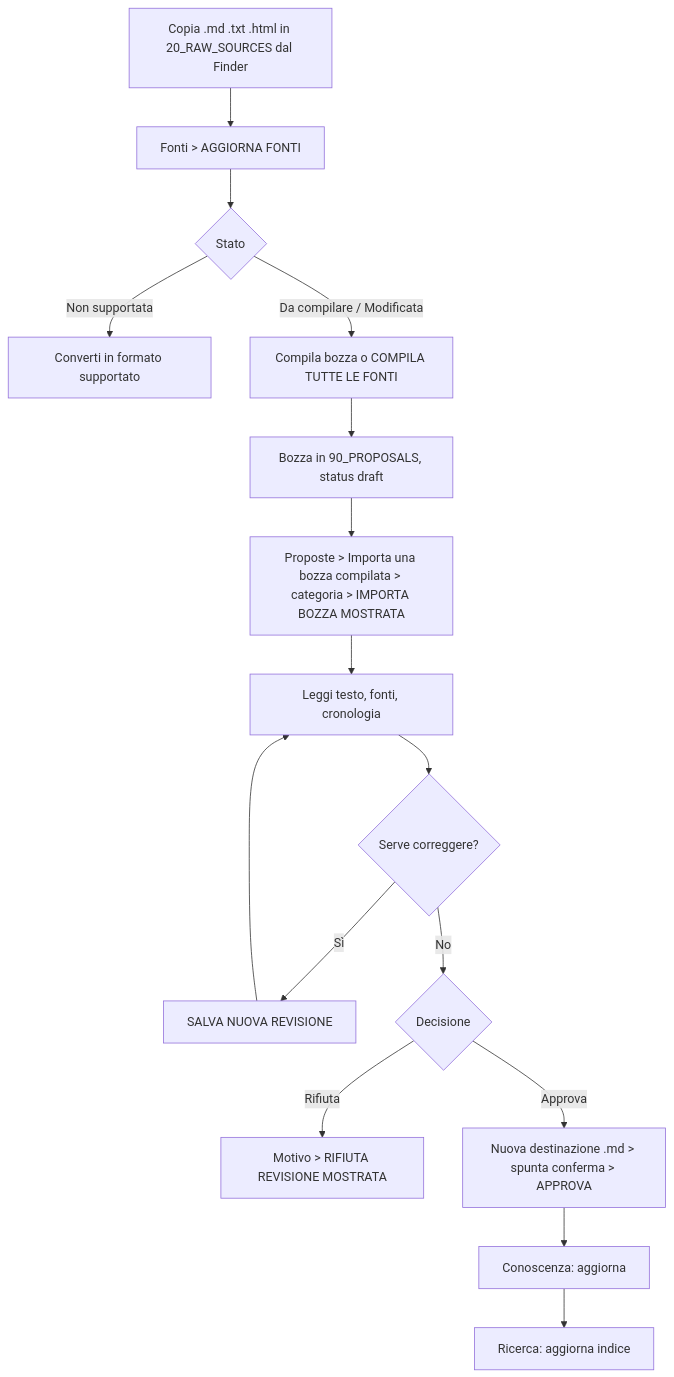
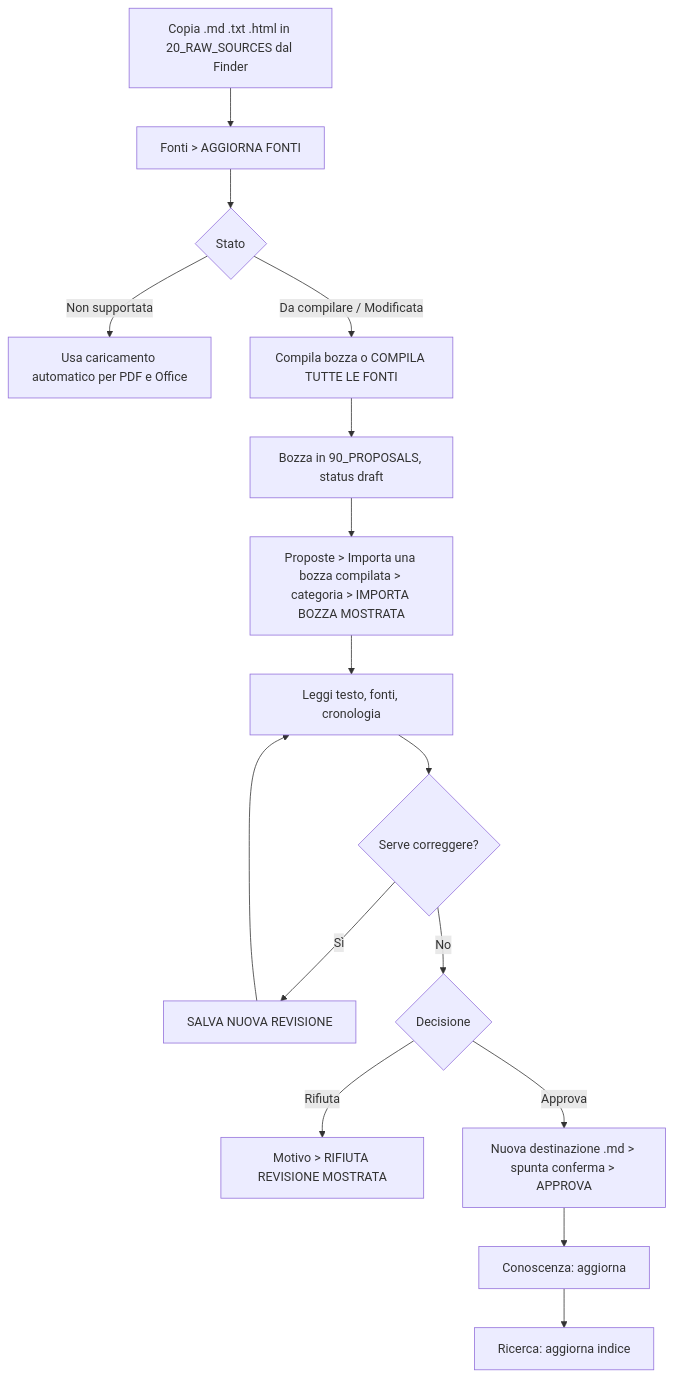
The sixth of 18 diagrams in HELP/04_WORKFLOW.md (cesarenegro/vault_memai_obsi), drawn with Mermaid before and after one commit. The commit also changed other lines of this file and 125 other files, not shown here.

````diff
--- a/HELP/04_WORKFLOW.md
+++ b/HELP/04_WORKFLOW.md
@@ -94,17 +99,17 @@
 ```mermaid
 flowchart TD
   A[Copia .md .txt .html in 20_RAW_SOURCES dal Finder] --> B[Fonti > AGGIORNA FONTI]
   B --> C{Stato}
-  C -- Non supportata --> C1[Converti in formato supportato]
+  C -- Non supportata --> C1[Usa caricamento automatico per PDF e Office]
   C -- Da compilare / Modificata --> D[Compila bozza o COMPILA TUTTE LE FONTI]
   D --> E[Bozza in 90_PROPOSALS, status draft]
   E --> F[Proposte > Importa una bozza compilata > categoria > IMPORTA BOZZA MOSTRATA]
   F --> G[Leggi testo, fonti, cronologia]
   G --> H{Serve correggere?}
   H -- Sì --> H1[SALVA NUOVA REVISIONE] --> G
   H -- No --> I{Decisione}
   I -- Rifiuta --> J[Motivo > RIFIUTA REVISIONE MOSTRATA]
   I -- Approva --> K[Nuova destinazione .md > spunta conferma > APPROVA]
   K --> L[Conoscenza: aggiorna]
   L --> M[Ricerca: aggiorna indice]
 ```
````
